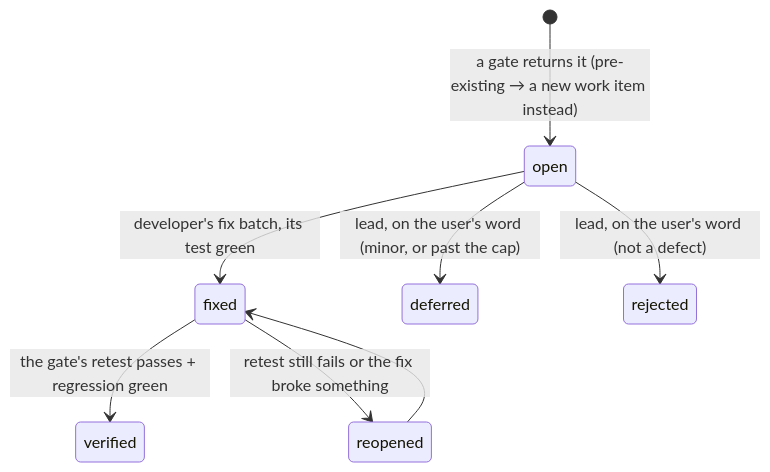
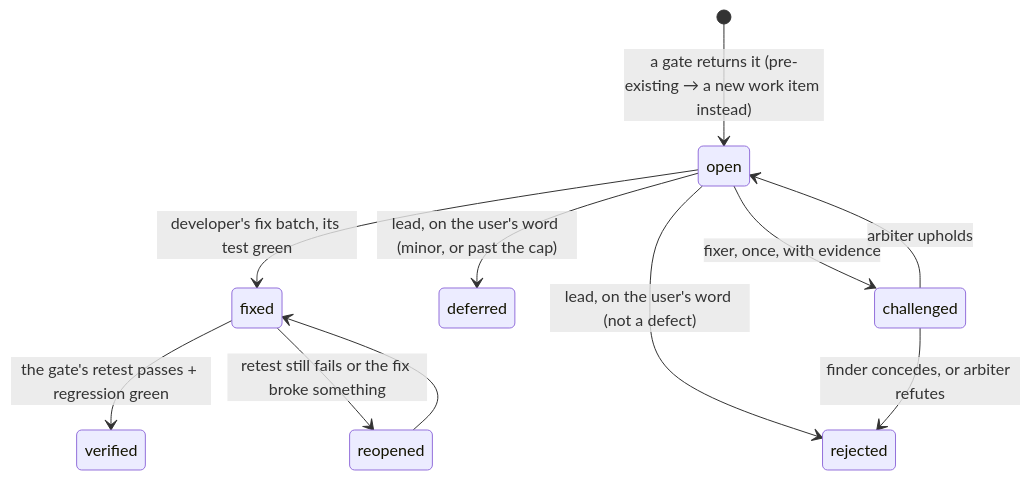
Before and after one commit to Tuan-Quyen/technical-teams: the diagram in plugins/team/skills/test-process/references/defects-and-reports.md, drawn with Mermaid. The commit also changed 15 other files, not shown here.

````diff
--- a/plugins/team/skills/test-process/references/defects-and-reports.md
+++ b/plugins/team/skills/test-process/references/defects-and-reports.md
@@ -44,10 +44,13 @@
 ```mermaid
 stateDiagram-v2
   [*] --> open: a gate returns it (pre-existing → a new work item instead)
   open --> fixed: developer's fix batch, its test green
   fixed --> verified: the gate's retest passes + regression green
   fixed --> reopened: retest still fails or the fix broke something
   reopened --> fixed
   open --> deferred: lead, on the user's word (minor, or past the cap)
   open --> rejected: lead, on the user's word (not a defect)
+  open --> challenged: fixer, once, with evidence
+  challenged --> rejected: finder concedes, or arbiter refutes
+  challenged --> open: arbiter upholds
 ```
````
